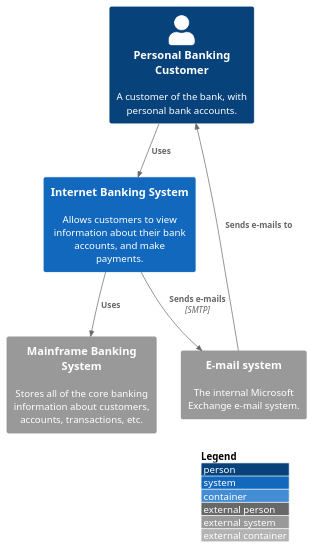
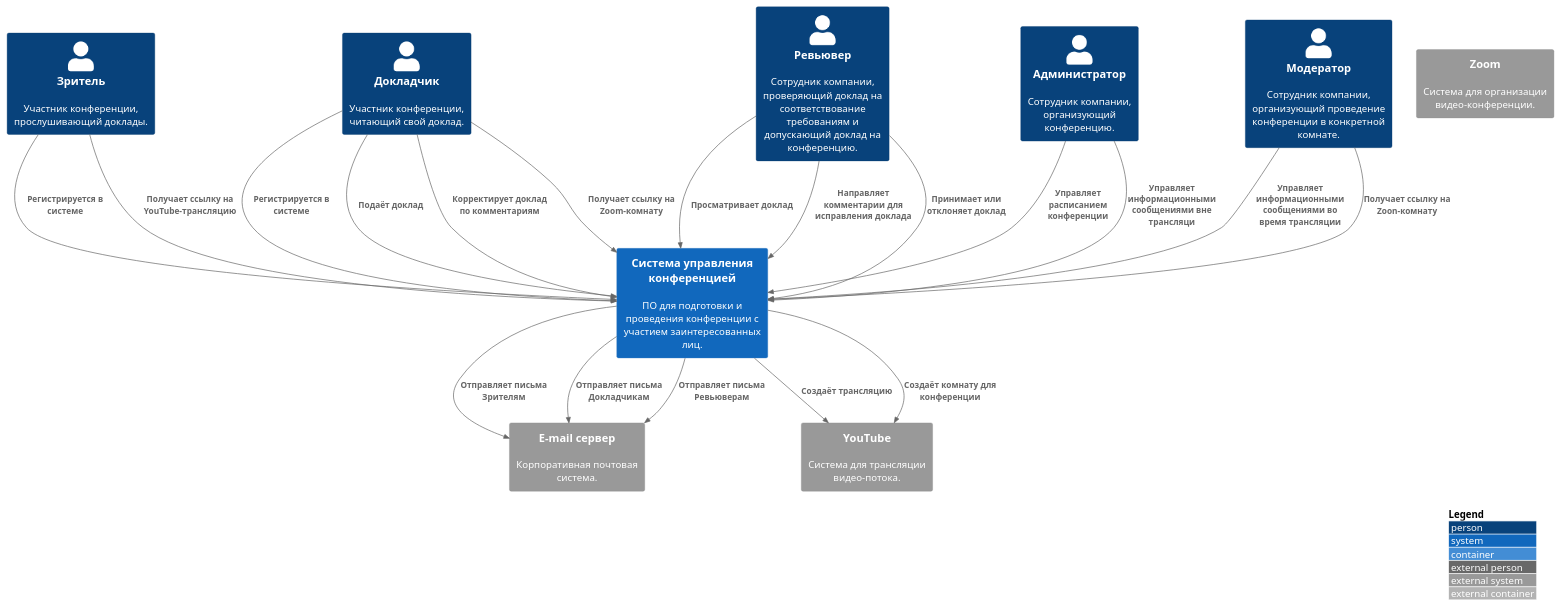
Before and after one commit to Voisvet/arch-school: the diagram in docs/context/context.md, drawn with PlantUML. The commit also changed 2 other files, not shown here.

Commit message:
docs: домашнее задание 2

````diff
--- a/docs/context/context.md
+++ b/docs/context/context.md
@@ -5,17 +5,43 @@
 ```plantuml
 @startuml
 !include https://raw.githubusercontent.com/plantuml-stdlib/C4-PlantUML/master/C4_Container.puml
 
 LAYOUT_WITH_LEGEND()
 
-Person(pbc, "Personal Banking Customer", "A customer of the bank, with personal bank accounts.")
-System(ibs, "Internet Banking System", "Allows customers to view information about their bank accounts, and make payments.")
-System_Ext(es, "E-mail system", "The internal Microsoft Exchange e-mail system.")
-System_Ext(mbs, "Mainframe Banking System", "Stores all of the core banking information about customers, accounts, transactions, etc.")
+Person(viewer, "Зритель", "Участник конференции, прослушивающий доклады.")
+Person(reporter, "Докладчик", "Участник конференции, читающий свой доклад.")
+Person(reviewer, "Ревьювер", "Сотрудник компании, проверяющий доклад на соответствование требованиям и допускающий доклад на конференцию.")
+Person(admin, "Администратор", "Сотрудник компании, организующий конференцию.")
+Person(moderator, "Модератор", "Сотрудник компании, организующий проведение конференции в конкретной комнате.")
+System(cms, "Система управления конференцией", "ПО для подготовки и проведения конференции с участием заинтересованных лиц.")
+System_Ext(es, "E-mail сервер", "Корпоративная почтовая система.")
+System_Ext(yt, "YouTube", "Система для трансляции видео-потока.")
+System_Ext(zoom, "Zoom", "Система для организации видео-конференции.")
 
-Rel(pbc, ibs, "Uses")
-Rel(es, pbc, "Sends e-mails to")
-Rel(ibs, es, "Sends e-mails", "SMTP")
-Rel(ibs, mbs, "Uses")
+Rel(viewer, cms, "Регистрируется в системе")
+Rel(viewer, cms, "Получает ссылку на YouTube-трансляцию")
+
+Rel(reporter, cms, "Регистрируется в системе")
+Rel(reporter, cms, "Подаёт доклад")
+Rel(reporter, cms, "Корректирует доклад по комментариям")
+Rel(reporter, cms, "Получает ссылку на Zoom-комнату")
+
+Rel(reviewer, cms, "Просматривает доклад")
+Rel(reviewer, cms, "Направляет комментарии для исправления доклада")
+Rel(reviewer, cms, "Принимает или отклоняет доклад")
+
+Rel(admin, cms, "Управляет расписанием конференции")
+Rel(admin, cms, "Управляет информационными сообщениями вне трансляци")
+
+Rel(moderator, cms, "Управляет информационными сообщениями во время трансляции")
+Rel(moderator, cms, "Получает ссылку на Zoon-комнату")
+
+Rel(cms, es, "Отправляет письма Зрителям")
+Rel(cms, es, "Отправляет письма Докладчикам")
+Rel(cms, es, "Отправляет письма Ревьюверам")
+
+Rel(cms, yt, "Создаёт трансляцию")
+
+Rel(cms, yt, "Создаёт комнату для конференции")
 @enduml
 ```
````
